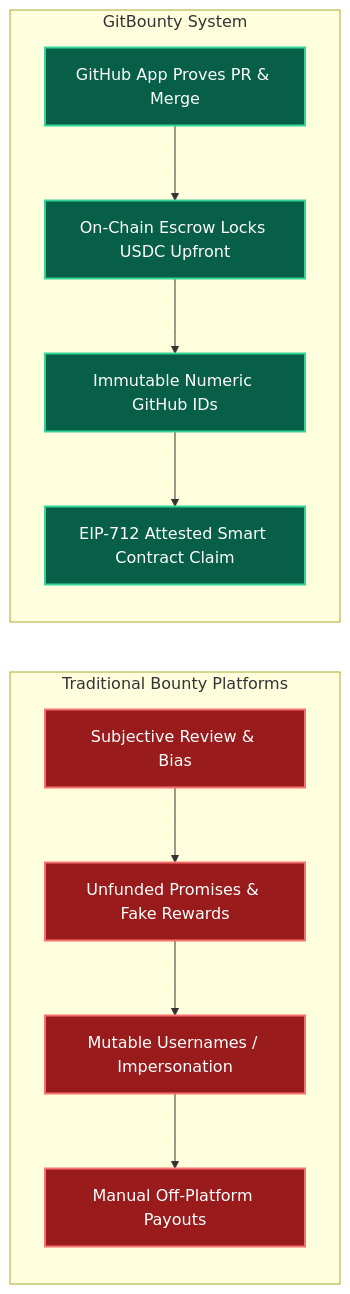
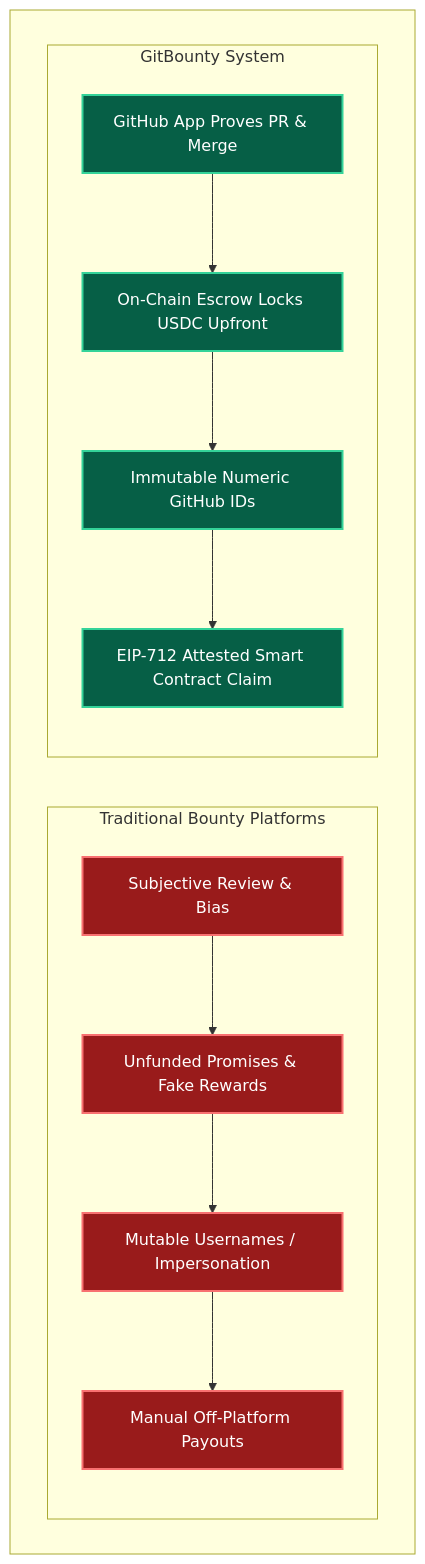
One commit to dipesh4000/gitbounty changed the first of 6 diagrams in readme.md. Above: the diagram before and after it, drawn with Mermaid.

Commit message:
updated the chart in the readme to show side by side comparison

````diff
--- a/readme.md
+++ b/readme.md
@@ -46,23 +46,27 @@
 ```mermaid
-flowchart LR
-    subgraph Traditional["Traditional Bounty Platforms"]
-        direction TB
-        T1["Subjective Review & Bias"]:::redNode
-        T2["Unfunded Promises & Fake Rewards"]:::redNode
-        T3["Mutable Usernames / Impersonation"]:::redNode
-        T4["Manual Off-Platform Payouts"]:::redNode
-        T1 --> T2 --> T3 --> T4
-    end
+flowchart TB
+    subgraph Comparison[" "]
+        direction LR
 
-    subgraph GitBountyFlow["GitBounty System"]
-        direction TB
-        G1["GitHub App Proves PR & Merge"]:::greenNode
-        G2["On-Chain Escrow Locks USDC Upfront"]:::greenNode
-        G3["Immutable Numeric GitHub IDs"]:::greenNode
-        G4["EIP-712 Attested Smart Contract Claim"]:::greenNode
-        G1 --> G2 --> G3 --> G4
+        subgraph Traditional["Traditional Bounty Platforms"]
+            direction TB
+            T1["Subjective Review & Bias"]:::redNode
+            T2["Unfunded Promises & Fake Rewards"]:::redNode
+            T3["Mutable Usernames / Impersonation"]:::redNode
+            T4["Manual Off-Platform Payouts"]:::redNode
+            T1 --> T2 --> T3 --> T4
+        end
+
+        subgraph GitBountyFlow["GitBounty System"]
+            direction TB
+            G1["GitHub App Proves PR & Merge"]:::greenNode
+            G2["On-Chain Escrow Locks USDC Upfront"]:::greenNode
+            G3["Immutable Numeric GitHub IDs"]:::greenNode
+            G4["EIP-712 Attested Smart Contract Claim"]:::greenNode
+            G1 --> G2 --> G3 --> G4
+        end
     end
 
     classDef redNode fill:#991B1B,stroke:#F87171,stroke-width:2px,color:#FFFFFF;
     classDef greenNode fill:#065F46,stroke:#34D399,stroke-width:2px,color:#FFFFFF;
 ```
````
